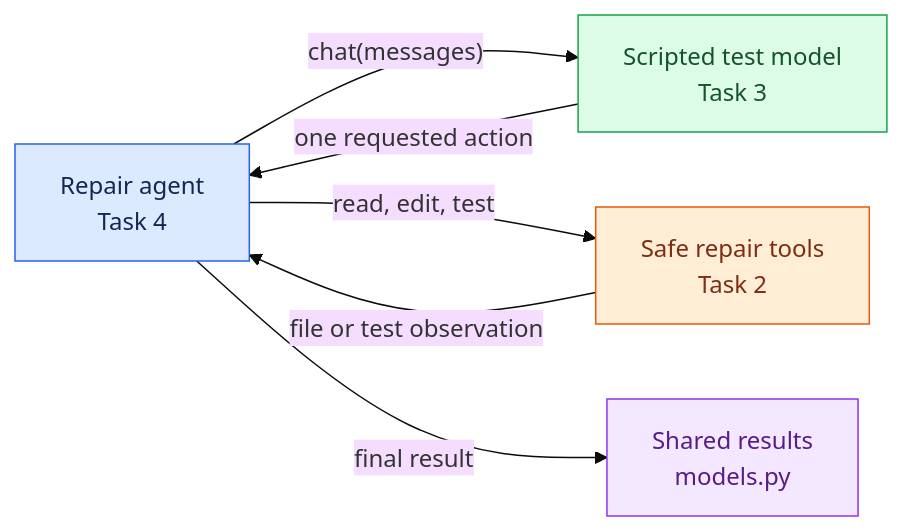
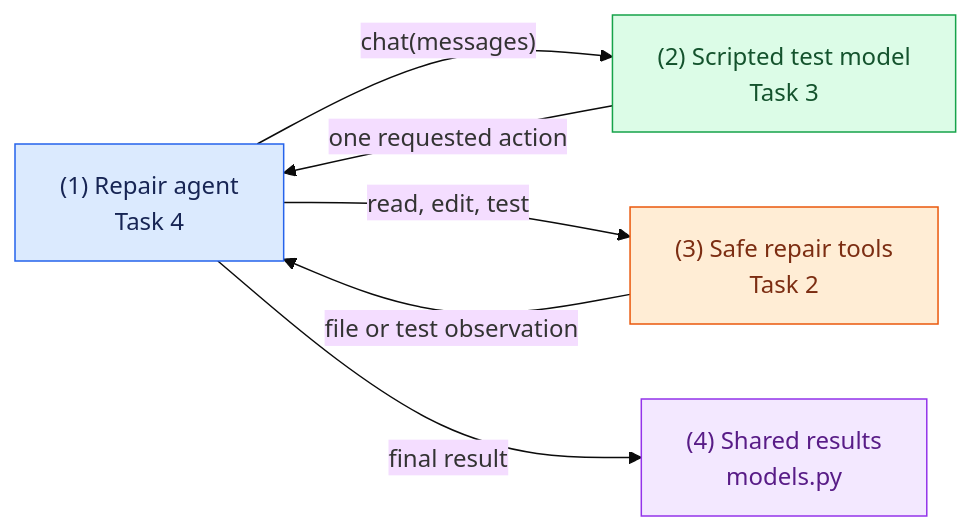
The diagram in tasks/01-core-vocabulary.md (ForgettaAnthony/coding-agent-lab), drawn with Mermaid (base theme) before and after one commit. The commit also changed other lines of this file and 8 other files, not shown here.

Commit message:
docs: number task flow diagrams

````diff
--- a/tasks/01-core-vocabulary.md
+++ b/tasks/01-core-vocabulary.md
@@ -11,23 +13,23 @@
 ```mermaid
 flowchart LR
-    agent["Repair agent\nTask 4"]
-    model["Scripted test model\nTask 3"]
-    tools["Safe repair tools\nTask 2"]
-    results["Shared results\nmodels.py"]
+    agent["(1) Repair agent\nTask 4"]
+    model["(2) Scripted test model\nTask 3"]
+    tools["(3) Safe repair tools\nTask 2"]
+    results["(4) Shared results\nmodels.py"]
 
     agent -->|"chat(messages)"| model
     model -->|"one requested action"| agent
     agent -->|"read, edit, test"| tools
     tools -->|"file or test observation"| agent
     agent -->|"final result"| results
 
     classDef repairAgent fill:#dbeafe,stroke:#2563eb,color:#172554
     classDef modelClient fill:#dcfce7,stroke:#16a34a,color:#14532d
     classDef repairTools fill:#ffedd5,stroke:#ea580c,color:#7c2d12
     classDef sharedResults fill:#f3e8ff,stroke:#9333ea,color:#581c87
 
     class agent repairAgent
     class model modelClient
     class tools repairTools
     class results sharedResults
 ```
````
